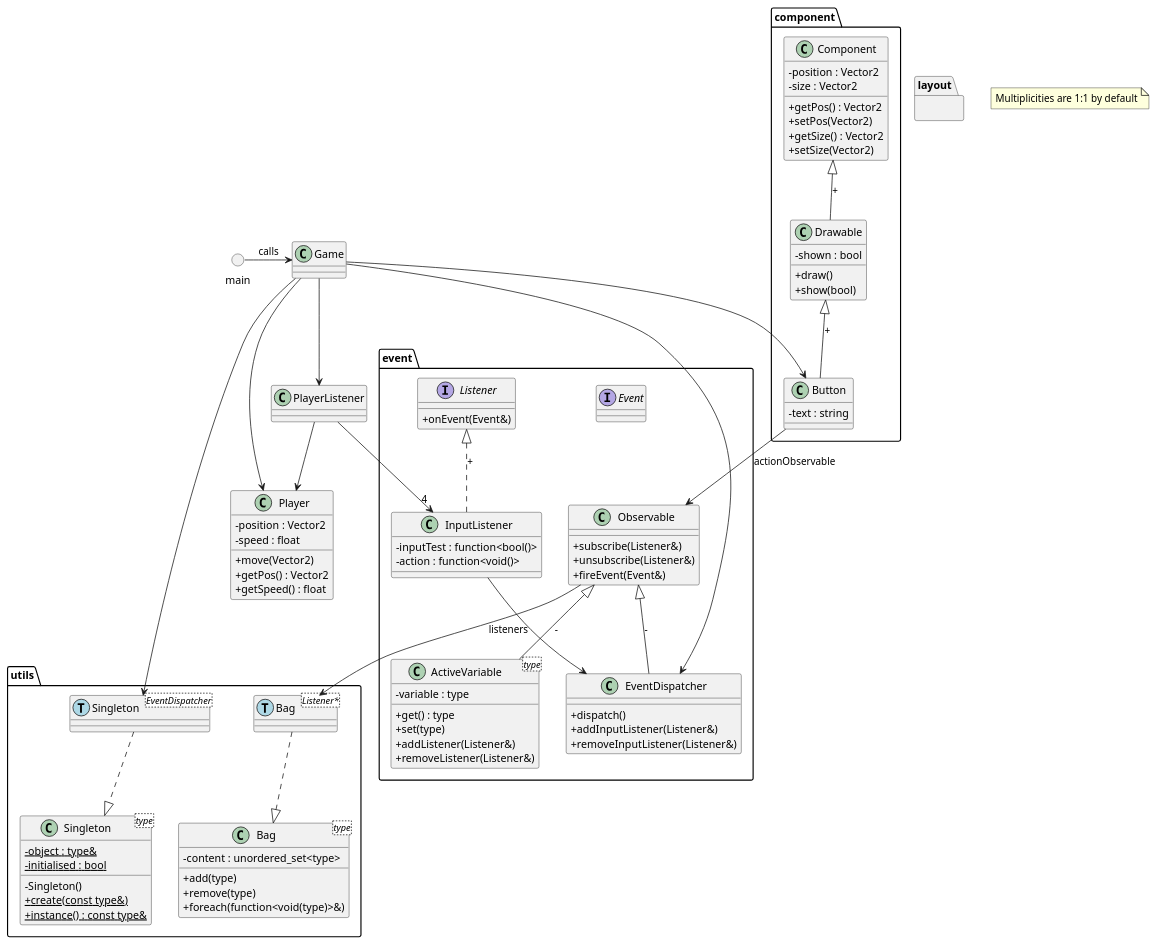
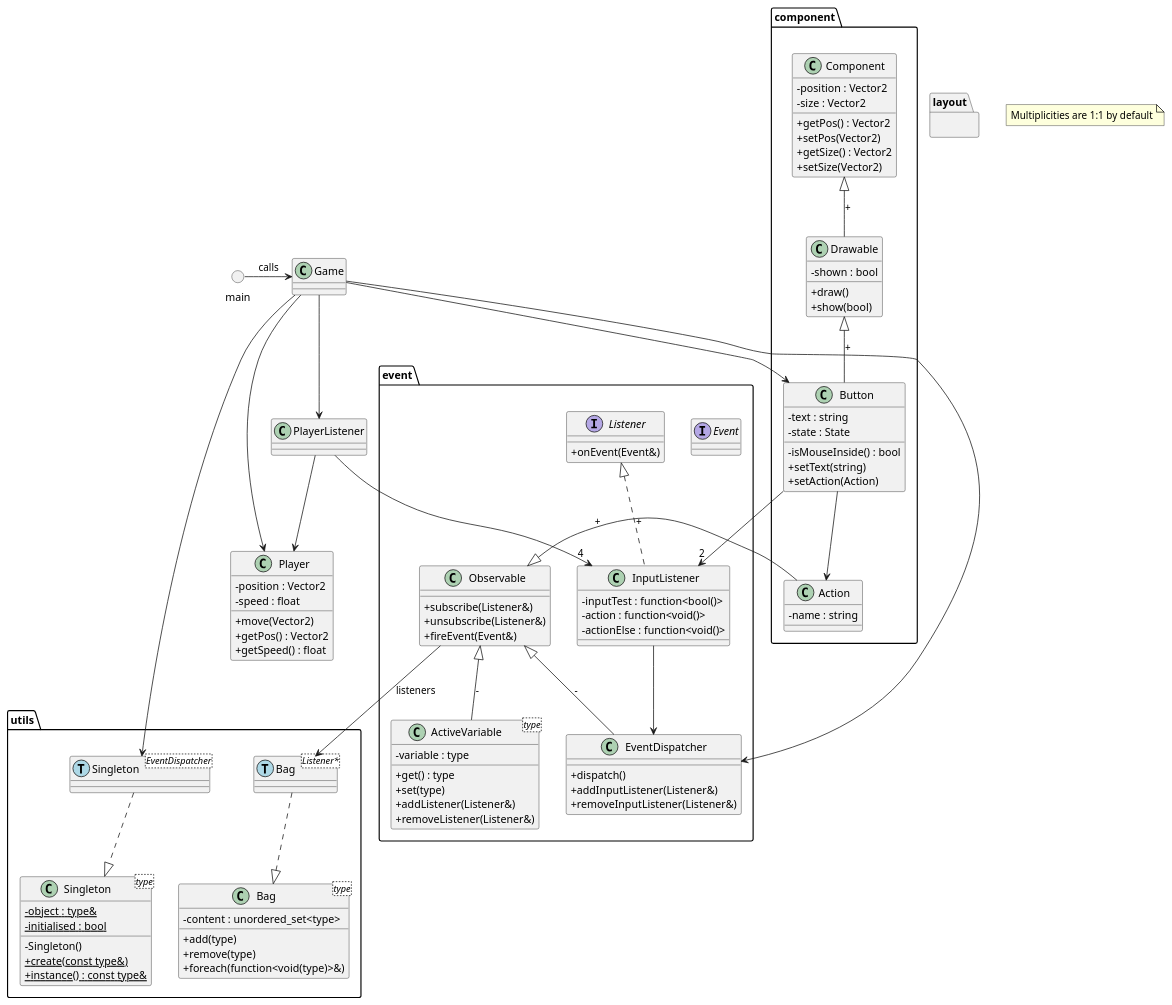
The diagram in project.puml (julesdupuis/CPP-UI-toolkit), drawn with PlantUML before and after one commit. The commit also changed 4 other files, not shown here.

Commit message:
added optionnal actionElse to InputListener & added state machine to Button

```diff
--- a/project.puml
+++ b/project.puml
@@ -1,118 +1,128 @@
 @startuml project
 
 skinparam classAttributeIconSize 0
 
 note as mainNote
     Multiplicities are 1:1 by default
 end note
 
 () main
 class Game{
 
 }
 class Player{
     -position : Vector2
     -speed : float
     +move(Vector2)
     +getPos() : Vector2
     +getSpeed() : float
 }
 class PlayerListener{
 
 }
 
 main -> Game : calls
 Game --> Player
 Game --> PlayerListener
 
 package utils{
     class Bag<type>{
         -content : unordered_set<type>
         +add(type)
         +remove(type)
         +foreach(function<void(type)>&)
     }
     class "Bag<Listener*>" as BagListener <<(T,LightBlue)>>
 
     class Singleton<type>{
         {static} -object : type&
         {static} -initialised : bool
         -Singleton()
         {static} +create(const type&)
         {static} +instance() : const type&
     }
     class "Singleton<EventDispatcher>" as SingletonEventDispatcher <<(T,LightBlue)>>
 }
 
 BagListener ..|> Bag
 SingletonEventDispatcher ..|> Singleton
 
 package event{
     interface Event
     interface Listener{
         +onEvent(Event&)
     }
     class Observable{
         +subscribe(Listener&)
         +unsubscribe(Listener&)
         +fireEvent(Event&)
     }
     class InputListener{
         {field} -inputTest : function<bool()>
         {field} -action : function<void()>
+        {field} -actionElse : function<void()>
     }
     class EventDispatcher{
         +dispatch()
         +addInputListener(Listener&)
         +removeInputListener(Listener&)
     }
     class ActiveVariable<type>{
         -variable : type
         +get() : type
         +set(type)
         +addListener(Listener&)
         +removeListener(Listener&)
     }
 }
 
 Listener <|.. InputListener : +
 Observable <|-- EventDispatcher : -
 Observable <|-- ActiveVariable : -
 Observable --> BagListener : listeners
 
 InputListener --> EventDispatcher
 Game --> EventDispatcher
 
 package component{
     class Component{
         -position : Vector2
         -size : Vector2
         +getPos() : Vector2
         +setPos(Vector2)
         +getSize() : Vector2
         +setSize(Vector2)
     }
     class Drawable{
         -shown : bool
         +draw()
         +show(bool)
     }
     class Button{
         -text : string
+        -state : State
+        -isMouseInside() : bool
+        +setText(string)
+        +setAction(Action)
+    }
+    class Action{
+        -name : string
     }
 }
 
 Component <|-- Drawable : +
 Drawable <|-- Button : +
-Button --> Observable : actionObservable
+Observable <|-- Action : +
+Button --> Action
+Button --> "2" InputListener
 
 package layout{
 
 }
 
 PlayerListener --> "4" InputListener
 PlayerListener --> Player
 Game --> SingletonEventDispatcher
 Game --> Button
 
 @enduml
```
